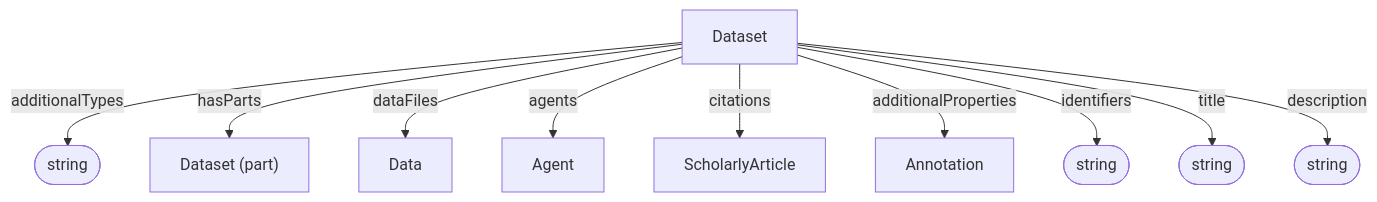
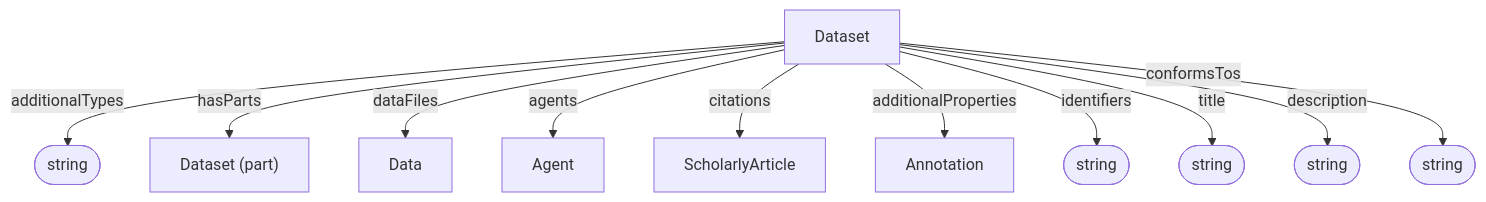
One commit to HLWeil/ARC-base-model changed the diagram in docs/spec/administrative/Dataset.md. Above: the diagram before and after it, drawn with Mermaid. The commit also changed 2 other files, not shown here.

Commit message:
removed title and description  from semantic-designation and process-provenance profiles

````diff
--- a/docs/spec/administrative/Dataset.md
+++ b/docs/spec/administrative/Dataset.md
@@ -36,20 +36,22 @@
 ```mermaid
 flowchart TD
 
     additionalTypes@{ shape: stadium, label: "string" }
 
     id@{ shape: stadium, label: "string" }
     na@{ shape: stadium, label: "string" }
     de@{ shape: stadium, label: "string" }
+    ct@{ shape: stadium, label: "string" }
 
     d[Dataset]
     d --additionalTypes--> additionalTypes
     d --hasParts--> part["Dataset (part)"]
     d --dataFiles--> Data
     d --agents--> Agent
     d --citations--> ScholarlyArticle
     d --additionalProperties--> Annotation
     d --identifiers--> id
     d --title--> na
     d --description--> de
+    d --conformsTos--> ct
 ```
````
